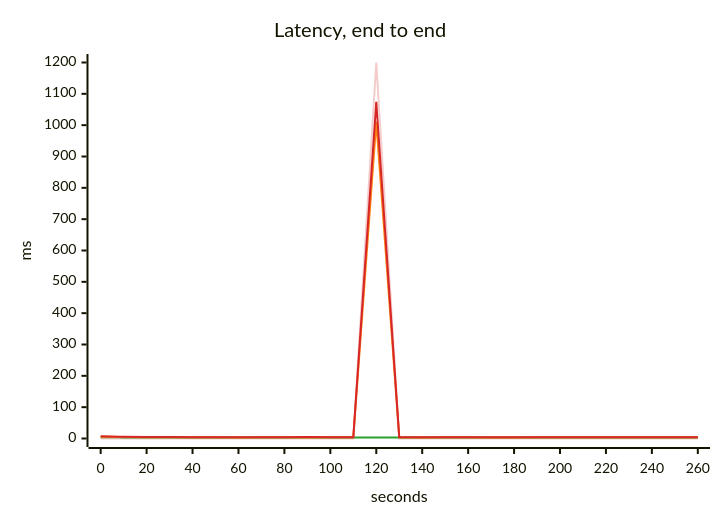
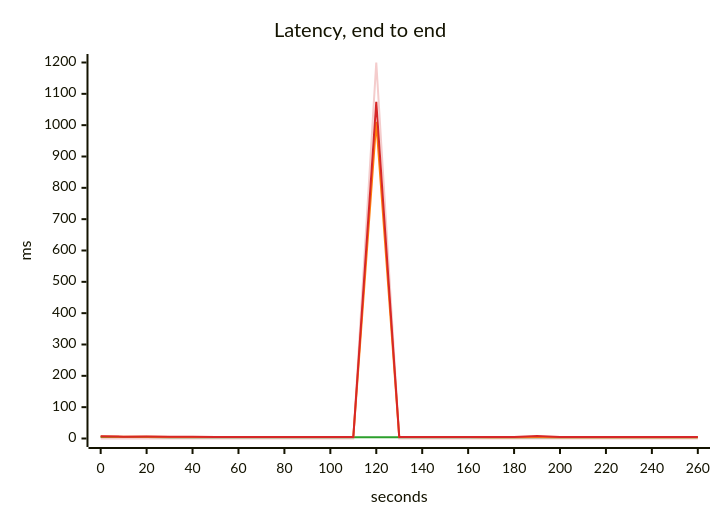
Before and after one commit to akinfemi/load-lore: the third of 5 diagrams in scenarios/slow-dependency/solutions/circuit-breaker/report.md, drawn with Mermaid. The commit also changed other lines of this file and 71 other files, not shown here.

````diff
--- a/scenarios/slow-dependency/solutions/circuit-breaker/report.md
+++ b/scenarios/slow-dependency/solutions/circuit-breaker/report.md
@@ -55,17 +55,17 @@
 ```mermaid
 ---
 config:
   themeVariables:
     xyChart:
       backgroundColor: "transparent"
       plotColorPalette: "#f4cccc, #2ca02c, #ff7f0e, #d62728"
 ---
 xychart-beta
     title "Latency, end to end"
     x-axis "seconds" 0 --> 260
     y-axis "ms" 0 --> 1200
     line [0, 0, 0, 0, 0, 0, 0, 0, 0, 0, 0, 0, 1200, 0, 0, 0, 0, 0, 0, 0, 0, 0, 0, 0, 0, 0, 0]
-    line [4.166, 3.537, 3.34, 3.254, 3.183, 3.148, 3.138, 3.141, 3.136, 3.125, 3.147, 3.145, 3.12, 3.148, 3.129, 3.144, 3.15, 3.137, 3.133, 3.136, 3.158, 3.146, 3.145, 3.141, 3.124, 3.145, 3.145]
-    line [5.973, 4.788, 3.877, 3.841, 3.694, 3.694, 3.58, 3.65, 3.601, 3.582, 3.654, 3.604, 1011.156, 3.607, 3.575, 3.609, 3.678, 3.576, 3.581, 3.607, 3.703, 3.646, 3.671, 3.627, 3.616, 3.677, 3.62]
-    line [7.149, 5.313, 4.46, 4.577, 4.236, 4.19, 3.895, 4.118, 4.05, 4.476, 4.264, 4.054, 1074.637, 3.883, 3.859, 3.875, 3.896, 3.883, 3.906, 3.906, 4.213, 4.181, 3.899, 3.897, 3.888, 3.889, 3.893]
+    line [5.051, 4.538, 4.399, 4.231, 4.151, 4.054, 3.953, 3.948, 3.935, 3.956, 3.962, 3.962, 3.907, 3.947, 3.922, 3.935, 3.918, 3.771, 3.781, 3.802, 3.768, 3.769, 3.778, 3.765, 3.771, 3.764, 3.78]
+    line [5.996, 5.412, 5.365, 4.934, 4.812, 4.615, 4.505, 4.502, 4.498, 4.513, 4.493, 4.516, 1010.559, 4.446, 4.485, 4.475, 4.504, 4.245, 4.254, 4.468, 4.247, 4.243, 4.234, 4.243, 4.243, 4.235, 4.241]
+    line [6.954, 5.964, 6.351, 5.421, 5.428, 4.99, 4.786, 4.638, 4.644, 4.919, 4.636, 4.644, 1074.518, 4.627, 4.68, 4.637, 4.936, 4.592, 4.6, 7.767, 4.561, 4.557, 4.526, 4.571, 4.575, 4.55, 4.593]
 ```
````
